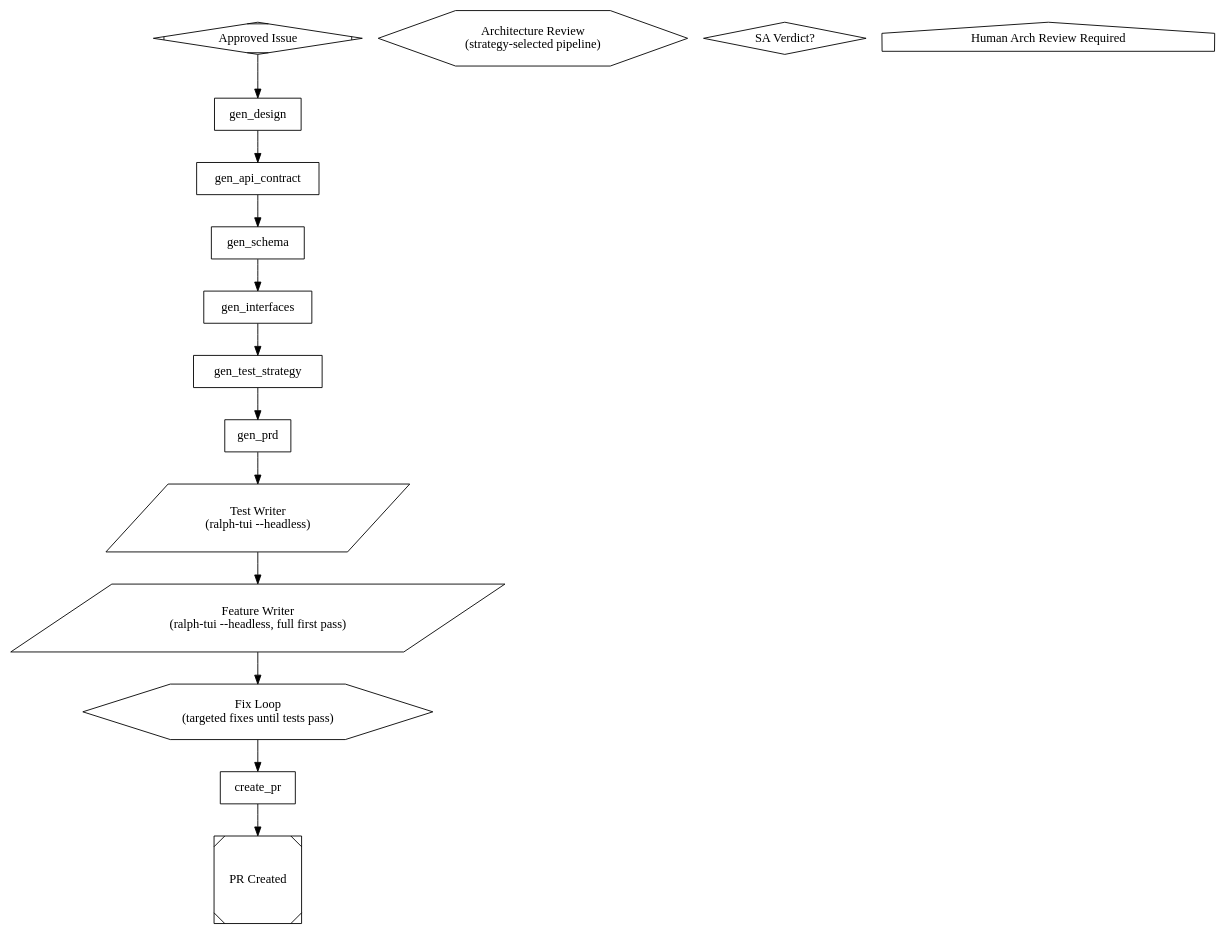
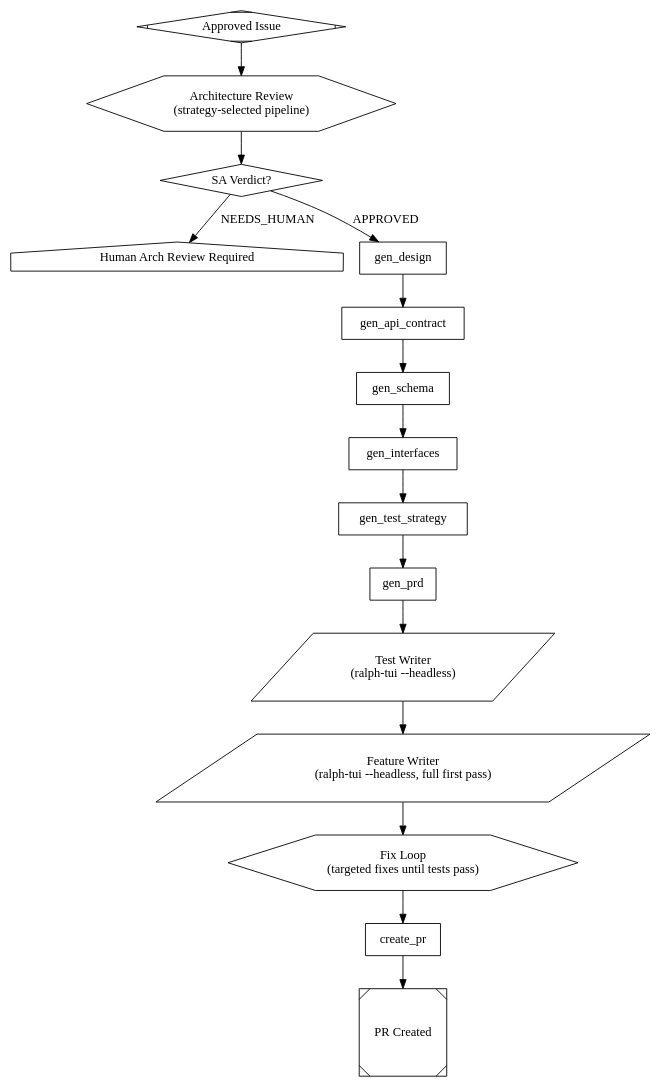
The diagram in pipelines/dark_forge.dot (ardrodus/dark-fac), drawn with Graphviz before and after one commit.

Commit message:
feat: re-enable architecture review in Dark Forge pipeline
Restore the full pipeline flow: start → arch_review → arch_verdict → gen_design.
Architecture review was bypassed during dev testing. Now runs the full
strategy-selected arch review pipeline (arch_review_web.dot or
arch_review_console.dot) before spec generation begins.

Also cleaned workspace artifacts from previous test run.

```diff
--- a/pipelines/dark_forge.dot
+++ b/pipelines/dark_forge.dot
@@ -1,128 +1,130 @@
 // Dark Forge: TDD Pipeline
 //
 // The build engine of Dark Factory. Takes an approved issue through
 // spec generation, PRD splitting, and ralph-tui driven TDD execution.
 //
 // Flow:
 //   1. Spec generation: design → api → schema → interfaces → test strategy
 //   2. gen_prd: separates specs into test + feature, generates PRD JSON for each
 //   3. test_writer: ralph-tui run test PRD (completes first)
 //   4. feature_writer_loop: ralph-tui run feature PRD, loop until tests pass
 
 digraph dark_forge {
     graph [
         goal="Transform an approved GitHub issue into merged PRs via spec generation + TDD"
     ]
 
     // --- Entry ---
     start [shape=Mdiamond, label="Approved Issue"]
 
     // ===========================================
     // Architecture Review (external pipeline)
     // Currently bypassed for dev testing.
     // ===========================================
 
     arch_review [
         shape=hexagon,
         label="Architecture Review\n(strategy-selected pipeline)",
         child_graph="dark_factory/pipelines/arch_review_${strategy}.dot",
         max_iterations=2,
         max_retries=2
     ]
 
     arch_verdict [shape=diamond, label="SA Verdict?"]
     arch_needs_human [shape=house, label="Human Arch Review Required"]
 
     // ===========================================
     // Specification Generation
     //
     // Sequential spec pipeline: each step builds on the previous.
     // All specs saved to .dark-factory/specs/{issue_number}/
     // ===========================================
 
     gen_design [
         shape=box,
         prompt="You are the Design Agent. Given this GitHub issue and codebase:\n\nIssue:\n$issue\n\nWorkspace: $workspace\n\nGenerate a Technical Design Document covering:\n- Architecture decisions (with rationale)\n- Component changes (new/modified/removed)\n- Data model changes\n- API changes\n- Risks and mitigations\n\nReference existing codebase patterns from the workspace.\nOutput as structured markdown.\nWrite output to .dark-factory/specs/$issue_number/design.md"
     ]
 
     gen_api_contract [
         shape=box,
         prompt="You are the API Contract Generator.\n\nRead the technical design document at: $gen_design_path\n\nAuto-detect the contract type from the codebase at $workspace:\n- OpenAPI for REST APIs\n- GraphQL schema for GraphQL\n- Protobuf for gRPC\n- CLI spec for command-line tools\n\nGenerate the appropriate contract spec with endpoints, request/response schemas, error codes.\nWrite output to .dark-factory/specs/$issue_number/api-contract.yaml"
     ]
 
     gen_schema [
         shape=box,
         prompt="You are the Schema Generator.\n\nRead the technical design document at: $gen_design_path\n\nDetect the database type from the codebase at $workspace (PostgreSQL, MySQL, SQLite, MongoDB, etc.).\nGenerate:\n- DDL for new tables/columns\n- Migration scripts for changes\n- Index recommendations\n\nWrite output to .dark-factory/specs/$issue_number/schema.sql"
     ]
 
     gen_interfaces [
         shape=box,
         prompt="You are the Interface Generator.\n\nRead the technical design document at: $gen_design_path\n\nGenerate language-appropriate typed interface definitions:\n- TypeScript: interfaces/types\n- Python: Protocol classes\n- Go: interfaces\n- Rust: traits\n- Java: interfaces\n\nDetect the language from the codebase at $workspace.\nWrite output to .dark-factory/specs/$issue_number/interfaces/"
     ]
 
     gen_test_strategy [
         shape=box,
         prompt="You are the Test Strategy Generator.\n\nWorkspace: $workspace\n\nRead these artifacts:\n- Design: $gen_design_path\n- API Contract: $gen_api_contract_path\n- Schema: $gen_schema_path\n- Interfaces: $gen_interfaces_path\n\nExplore the existing test suite in $workspace to understand current patterns.\n\nGenerate a test strategy covering:\n- Unit tests: what to test, expected assertions\n- Integration tests: component interactions\n- E2E tests: user-facing flows\n- Fixtures and mocks needed\n- Coverage targets\n- Existing tests that may be affected\n\nWrite output to .dark-factory/specs/$issue_number/test-strategy.md"
     ]
 
     // ===========================================
     // PRD Generation -- Separates into Test + Feature PRDs
     //
     // Reads all spec artifacts, separates test vs feature concerns,
     // then generates ralph-tui PRD JSON for each:
     //   tasks/test-prd.json    -- test PRD (stories for test writer)
     //   tasks/feature-prd.json -- feature PRD (stories for feature writer)
     // ===========================================
 
     gen_prd [
         shape=box,
         prompt="You are the PRD Generator. Your workspace is: $workspace\n\nGitHub Issue:\n$issue\n\nRead all technical spec artifacts:\n- Design: $gen_design_path\n- API Contract: $gen_api_contract_path\n- Schema: $gen_schema_path\n- Interfaces: $gen_interfaces_path\n- Test Strategy: $gen_test_strategy_path\n\nYou must perform these steps:\n\n## Step 1: Separate test vs feature concerns\n\nCreate TWO spec documents:\n- .dark-factory/specs/$issue_number/test-spec.md -- all test-related content: test strategy, acceptance criteria, test cases, fixtures, mocks, coverage targets, edge cases.\n- .dark-factory/specs/$issue_number/feature-spec.md -- all feature/implementation content: architecture, component changes, API endpoints, database schema, interfaces, implementation steps.\n\nBoth documents must be complete and self-contained.\n\n## Step 2: Generate PRD JSON files\n\nFor EACH spec document (test-spec.md and feature-spec.md):\n1. If the document is larger than 22KB, split it into 22KB chunk files under .dark-factory/specs/$issue_number/chunks/test/ (or chunks/feature/)\n2. For each chunk (or the whole doc if small enough), generate a PRD JSON with user stories, acceptance criteria, and dependencies\n3. Merge all chunk PRDs into a single master PRD JSON\n\nWrite the final PRD files to:\n- .dark-factory/specs/$issue_number/tasks/test-prd.json\n- .dark-factory/specs/$issue_number/tasks/feature-prd.json\n\nEach PRD JSON must follow this structure:\n{\n  \"stories\": [\n    {\n      \"title\": \"story title\",\n      \"description\": \"what to implement\",\n      \"acceptance_criteria\": [\"criterion 1\", \"criterion 2\"],\n      \"dependencies\": []\n    }\n  ]\n}\n\nOutput a summary of what you created (file paths and story counts)."
     ]
 
     // ===========================================
     // Execution: TDD — Tests first, then features, then fix loop
     //
     // 1. test_writer: ralph-tui writes all tests from test PRD
     // 2. feature_writer: ralph-tui implements features from full feature PRD (first pass)
     // 3. feature_fix_loop: iterates — analyze failures, create targeted fix PRD,
     //    ralph-tui fixes only what's broken. Exits when all tests pass.
     // ===========================================
 
     test_writer [
         shape=parallelogram,
         label="Test Writer\n(ralph-tui --headless)",
         prompt="cd $workspace && ralph-tui run --prd .dark-factory/specs/$issue_number/tasks/test-prd.json --headless"
     ]
 
     feature_writer [
         shape=parallelogram,
         label="Feature Writer\n(ralph-tui --headless, full first pass)",
         prompt="cd $workspace && ralph-tui run --prd .dark-factory/specs/$issue_number/tasks/feature-prd.json --headless"
     ]
 
     feature_fix_loop [
         shape=hexagon,
         label="Fix Loop\n(targeted fixes until tests pass)",
         child_graph="dark_factory/pipelines/feature_tdd.dot",
         max_iterations=10,
         success_condition="status=completed"
     ]
 
     // --- PR Creation ---
     create_pr [
         shape=box,
         prompt="You are the PR creation agent.\n\nWorkspace: $workspace\nIssue: $issue\n\nAll tests pass. Create a pull request for the changes.\n\n1. Review the git diff to understand what was changed\n2. Create a clear, descriptive commit message referencing issue #$issue_number\n3. Push to a feature branch: feature/$issue_number\n4. Create a PR with:\n   - Title referencing the issue\n   - Summary of changes (design decisions, files modified, test coverage)\n   - Link to the original issue\n   - Label: dark-forge\n\nRun in $workspace:\n  git checkout -b feature/$issue_number\n  git add -A && git commit -m 'feat: <description> (#$issue_number)'\n  git push -u origin feature/$issue_number\n  gh pr create --title '<description> (#$issue_number)' --label dark-forge\n\nOutput the PR URL."
     ]
 
     done [shape=Msquare, label="PR Created"]
 
     // --- Flow ---
-    // NOTE: arch review bypassed for dev testing
-    start -> gen_design
+    // Architecture review first, then spec generation, then TDD execution
+    start -> arch_review -> arch_verdict
+    arch_verdict -> gen_design [label="APPROVED"]
+    arch_verdict -> arch_needs_human [label="NEEDS_HUMAN"]
 
     // Spec generation
     gen_design -> gen_api_contract -> gen_schema -> gen_interfaces -> gen_test_strategy -> gen_prd
 
     // Execute: tests first, full feature pass, targeted fix loop, then PR
     gen_prd -> test_writer -> feature_writer -> feature_fix_loop -> create_pr -> done
 }
```
